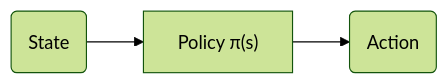
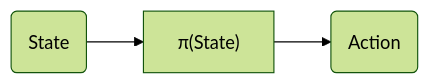
One commit to chizkidd/huggingface-deep-RL-course changed the diagram in units/001-Introduction-Deep-RL/README.md. Above: the diagram before and after it, drawn with Mermaid (forest theme).

Commit message:
Update Unit 1 notes

````diff
--- a/units/001-Introduction-Deep-RL/README.md
+++ b/units/001-Introduction-Deep-RL/README.md
@@ -81,5 +81,5 @@
 ```mermaid
 graph LR
-    S(State) --> P["Policy π(s)"]
+    S(State) --> P["π(State)"]
     P --> A(Action)
 ```
````
